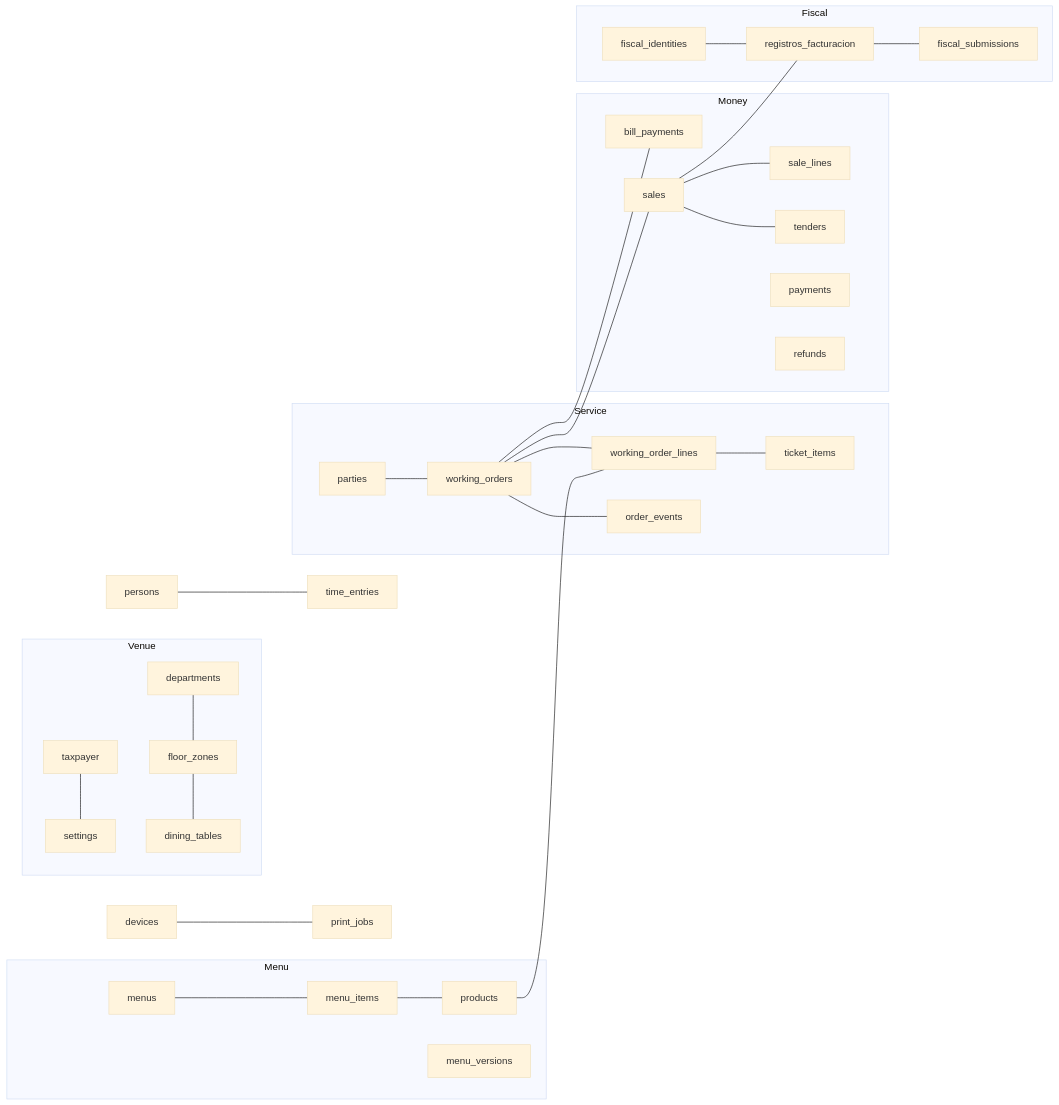
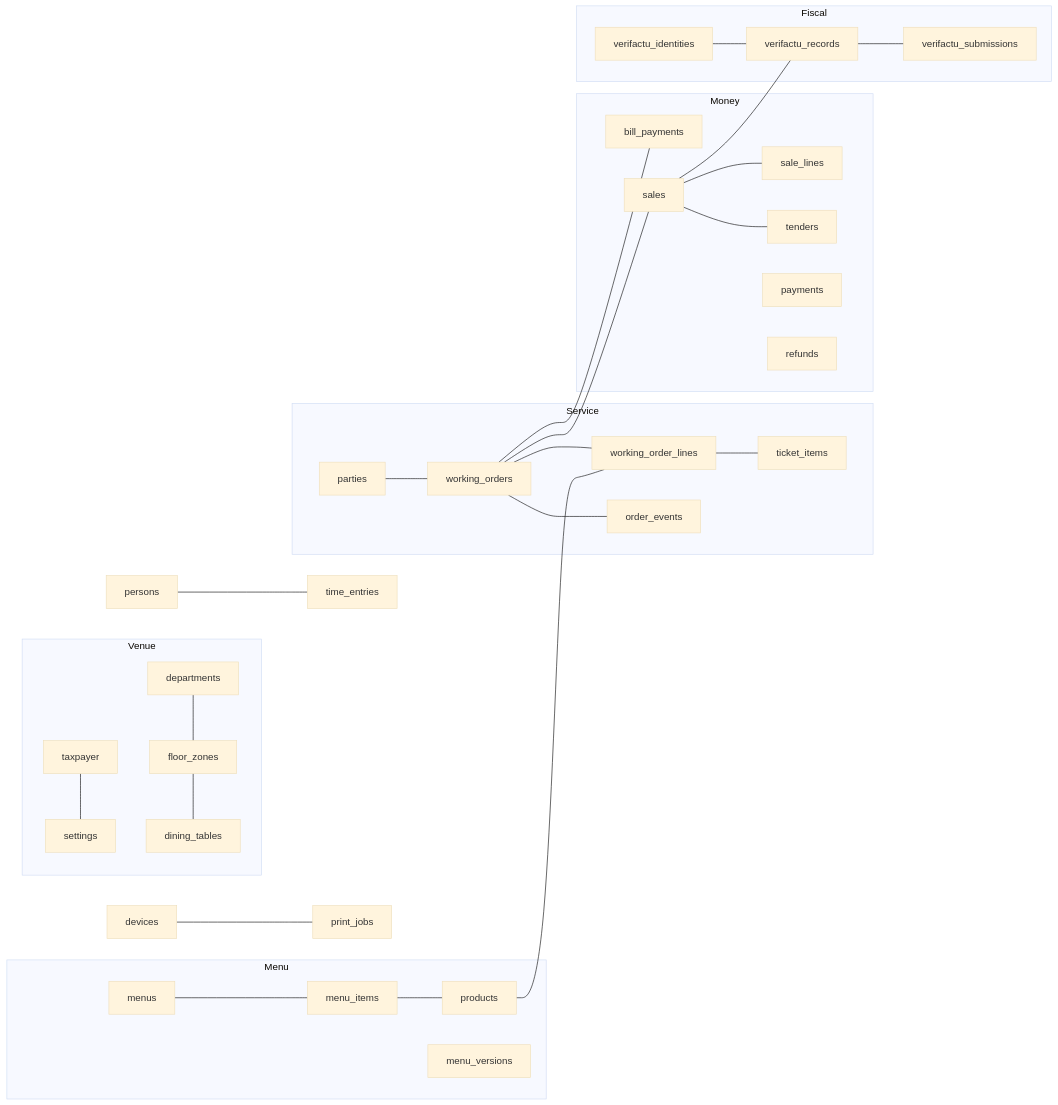
The diagram in docs/superpowers/specs/2026-11-02-rationalisation/README.md (clintongormley/waitron), drawn with Mermaid (base theme) before and after one commit. The commit also changed other lines of this file and 10 other files, not shown here.

````diff
--- a/docs/superpowers/specs/2026-11-02-rationalisation/README.md
+++ b/docs/superpowers/specs/2026-11-02-rationalisation/README.md
@@ -126,30 +127,30 @@
 ```mermaid
 flowchart LR
   subgraph Venue
     taxpayer --- settings
     departments --- floor_zones --- dining_tables
   end
   subgraph Service
     parties --- working_orders --- working_order_lines
     working_order_lines --- ticket_items
     working_orders --- order_events
   end
   subgraph Money
     working_orders --- bill_payments
     working_orders --- sales --- sale_lines
     sales --- tenders
     payments
     refunds
   end
   subgraph Fiscal
-    sales --- registros_facturacion --- fiscal_submissions
-    fiscal_identities --- registros_facturacion
+    sales --- verifactu_records --- verifactu_submissions
+    verifactu_identities --- verifactu_records
   end
   subgraph Menu
     menus --- menu_items --- products
     menu_versions
   end
   products --- working_order_lines
   persons --- time_entries
   devices --- print_jobs
 ```
````
